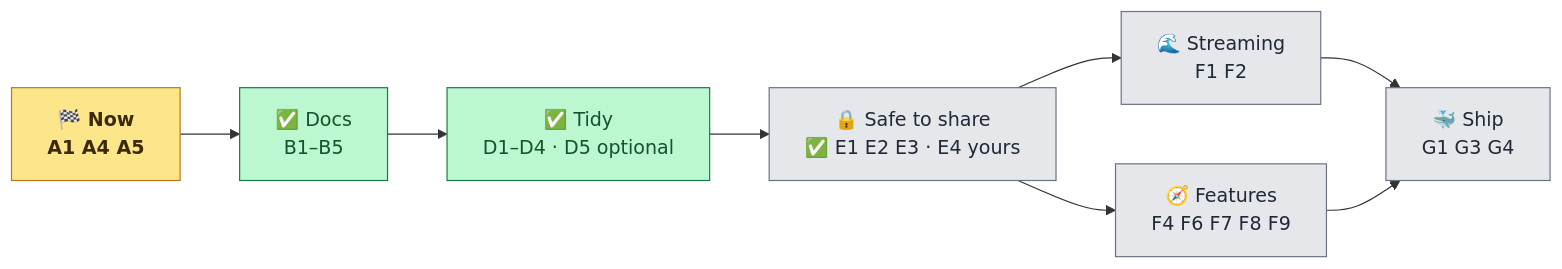
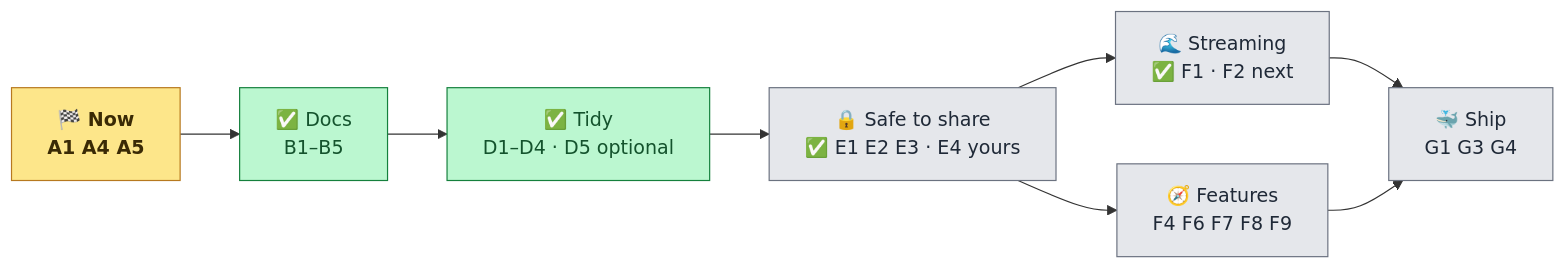
Before and after one commit to anurag-joshi-1403/Multi-Agent-AI-Platform: the third of 3 diagrams in BACKEND_STATUS.md, drawn with Mermaid. The commit also changed other lines of this file and 2 other files, not shown here.

````diff
--- a/BACKEND_STATUS.md
+++ b/BACKEND_STATUS.md
@@ -215,15 +216,15 @@
 ```mermaid
 flowchart LR
     classDef now fill:#fde68a,stroke:#b7791f,color:#3a2a05,font-weight:bold
     classDef later fill:#e5e7eb,stroke:#6b7280,color:#1f2937
     classDef done fill:#bbf7d0,stroke:#15803d,color:#14532d
     N["🏁 Now<br/>A1 A4 A5"] --> DOC["✅ Docs<br/>B1–B5"] --> HK["✅ Tidy<br/>D1–D4 · D5 optional"]
     HK --> SAFE["🔒 Safe to share<br/>✅ E1 E2 E3 · E4 yours"]
-    SAFE --> STR["🌊 Streaming<br/>F1 F2"]
+    SAFE --> STR["🌊 Streaming<br/>✅ F1 · F2 next"]
     SAFE --> MORE["🧭 Features<br/>F4 F6 F7 F8 F9"]
     STR --> SHIP["🐳 Ship<br/>G1 G3 G4"]
     MORE --> SHIP
     class N now
     class DOC,HK done
     class SAFE,STR,MORE,SHIP later
 ```
````
